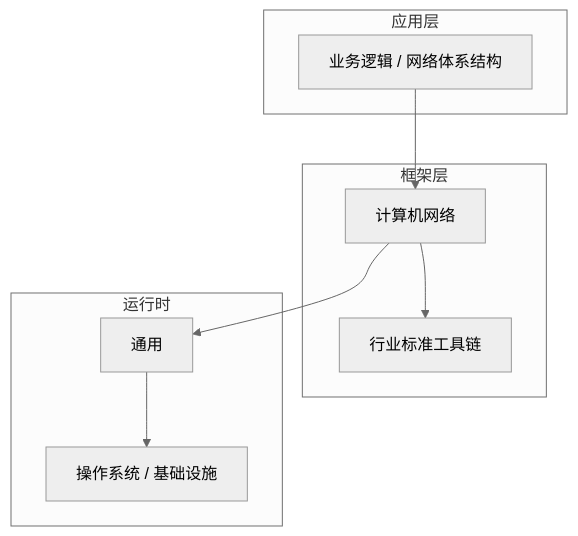
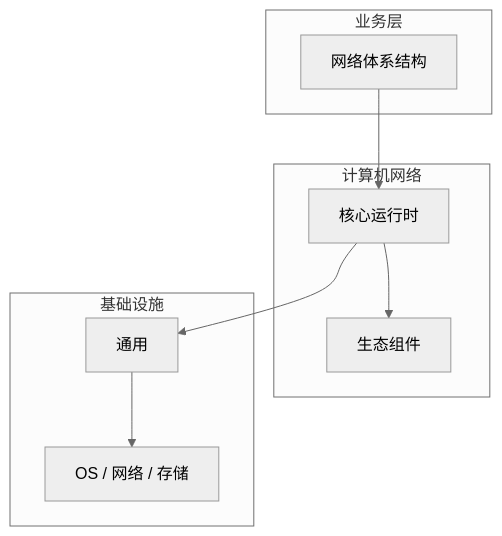
Before and after one commit to yanggan2015/knowledge-json-v2: the diagram in articles/计算机网络/chapters/001-网络体系结构核心概念与原理.md, drawn with Mermaid (neutral theme). The commit also changed other lines of this file and 10127 other files, not shown here.

````diff
--- a/articles/计算机网络/chapters/001-网络体系结构核心概念与原理.md
+++ b/articles/计算机网络/chapters/001-网络体系结构核心概念与原理.md
@@ -45,18 +34,18 @@
 ```mermaid
 graph TB
-    subgraph 应用层
-        A[业务逻辑 / 网络体系结构]
+    subgraph 业务层
+        A[网络体系结构]
     end
-    subgraph 框架层
-        B[计算机网络]
-        C[行业标准工具链]
+    subgraph 计算机网络
+        B[核心运行时]
+        C[生态组件]
     end
-    subgraph 运行时
+    subgraph 基础设施
         D[通用]
-        E[操作系统 / 基础设施]
+        E[OS / 网络 / 存储]
     end
     A --> B
     B --> C
     B --> D
     D --> E
 ```
````
